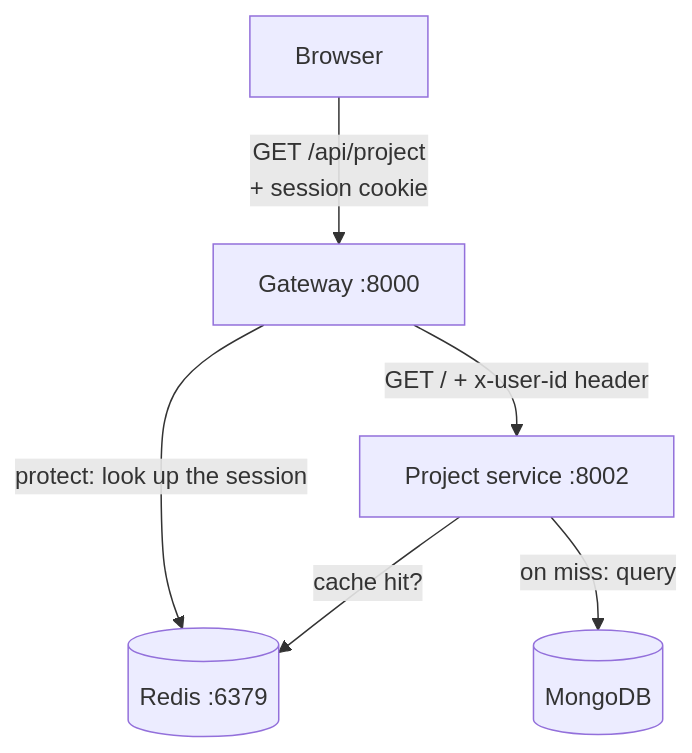
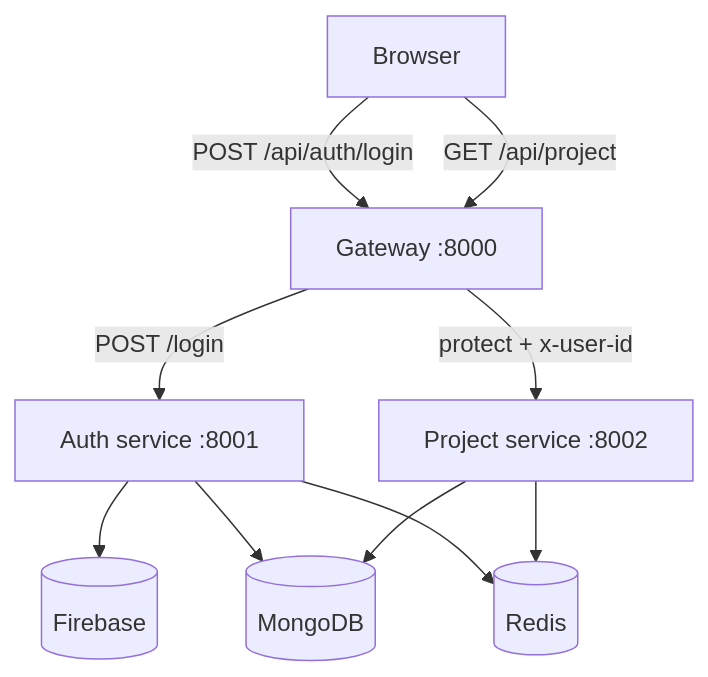
One commit to yamanhassan1/NexPulse changed the diagram in docs/backend/README.md. Above: the diagram before and after it, drawn with Mermaid. The commit also changed other lines of this file and 7 other files, not shown here.

Commit message:
Refactor project service documentation for clarity and structure; update frontend README for improved flow and organization; revise getting started guide for better setup instructions and troubleshooting tips.

````diff
--- a/docs/backend/README.md
+++ b/docs/backend/README.md
@@ -159,8 +81,13 @@
 ```mermaid
 flowchart TD
-    B[Browser] -->|"GET /api/project<br>+ session cookie"| G["Gateway :8000"]
-    G -->|"protect: look up the session"| R[("Redis :6379")]
-    G -->|"GET / + x-user-id header"| P["Project service :8002"]
-    P -->|"cache hit?"| R
-    P -->|"on miss: query"| M[("MongoDB")]
+    B[Browser] -->|POST /api/auth/login| G[Gateway :8000]
+    G -->|POST /login| A[Auth service :8001]
+    A --> F[(Firebase)]
+    A --> M[(MongoDB)]
+    A --> R[(Redis)]
+
+    B -->|GET /api/project| G
+    G -->|protect + x-user-id| P[Project service :8002]
+    P --> M
+    P --> R
 ```
````
